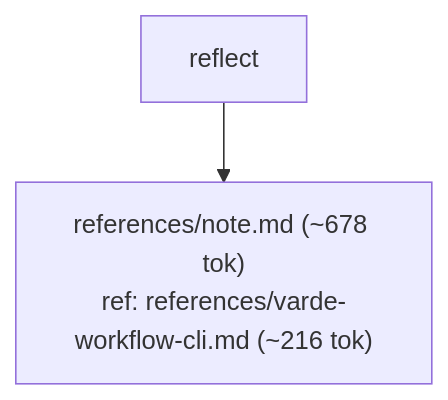
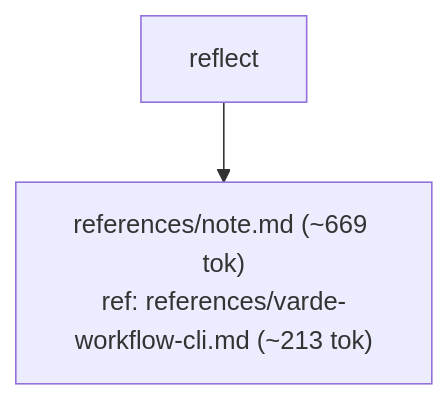
The third of 7 diagrams in skills/varde-knowledge/FLOW.md (alecegg/varde), drawn with Mermaid before and after one commit. The commit also changed other lines of this file and 1293 other files, not shown here.

````diff
--- a/skills/varde-knowledge/FLOW.md
+++ b/skills/varde-knowledge/FLOW.md
@@ -54,6 +50,6 @@
 ```mermaid
 flowchart TD
-  n0["references/note.md (~678 tok)<br/>ref: references/varde-workflow-cli.md (~216 tok)"]
+  n0["references/note.md (~669 tok)<br/>ref: references/varde-workflow-cli.md (~213 tok)"]
   n1["reflect"]
   n1 --> n0
 ```
````
